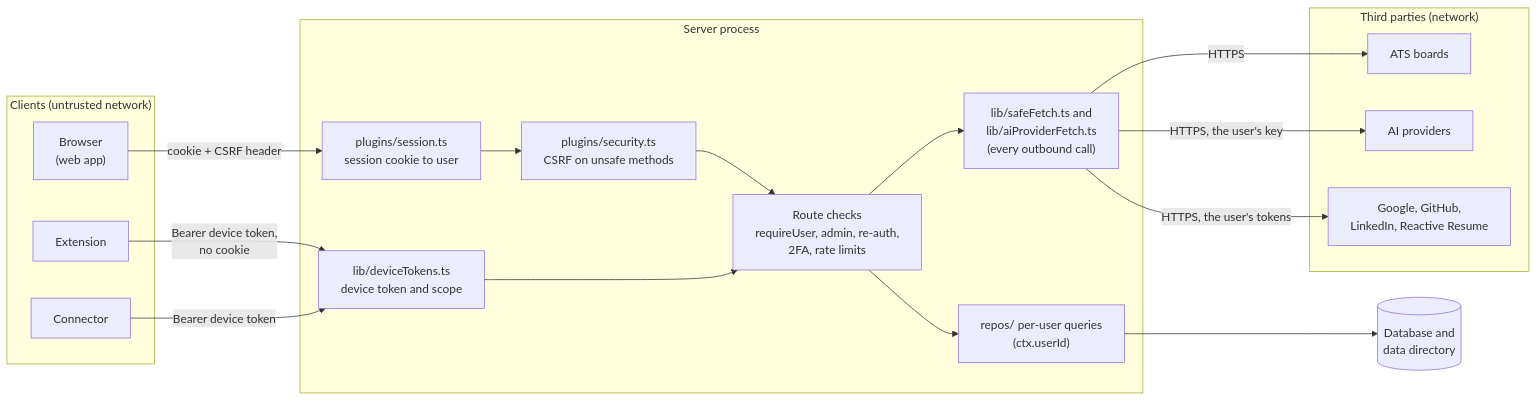
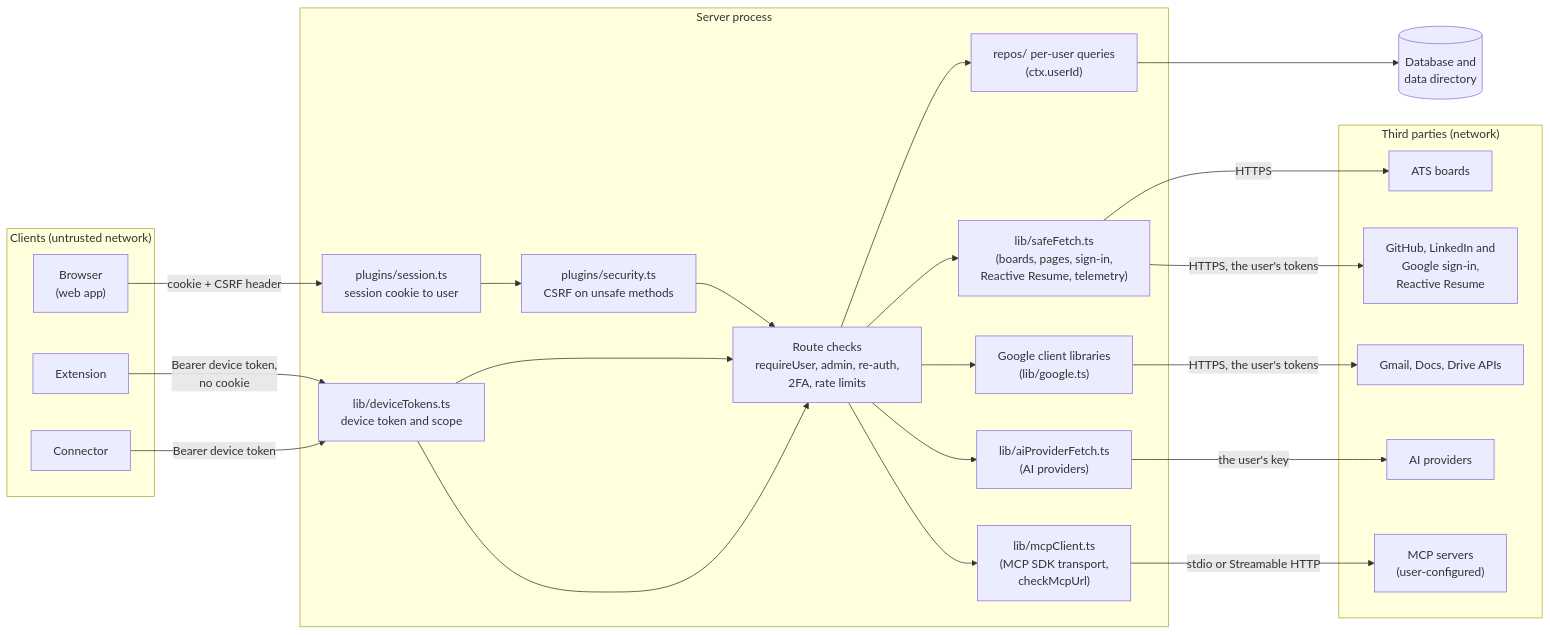
Before and after one commit to bgoleno/opportun: the fourth of 4 diagrams in docs/architecture.md, drawn with Mermaid. The commit also changed other lines of this file, not shown here.

Commit message:
Docs: name all four outbound paths in the trust-boundary diagram (sec on #759)
Refs #757

````diff
--- a/docs/architecture.md
+++ b/docs/architecture.md
@@ -143,34 +143,44 @@
 ```mermaid
 flowchart LR
   subgraph clients["Clients (untrusted network)"]
     browser["Browser<br/>(web app)"]
     ext["Extension"]
     conn["Connector"]
   end
 
   subgraph srv["Server process"]
     sess["plugins/session.ts<br/>session cookie to user"]
     csrf["plugins/security.ts<br/>CSRF on unsafe methods"]
     dev["lib/deviceTokens.ts<br/>device token and scope"]
     gate["Route checks<br/>requireUser, admin, re-auth,<br/>2FA, rate limits"]
     data["repos/ per-user queries<br/>(ctx.userId)"]
-    fetch["lib/safeFetch.ts and<br/>lib/aiProviderFetch.ts<br/>(every outbound call)"]
+    fetch["lib/safeFetch.ts<br/>(boards, pages, sign-in,<br/>Reactive Resume, telemetry)"]
+    gapi["Google client libraries<br/>(lib/google.ts)"]
+    aifetch["lib/aiProviderFetch.ts<br/>(AI providers)"]
+    mcpc["lib/mcpClient.ts<br/>(MCP SDK transport,<br/>checkMcpUrl)"]
   end
 
   subgraph ext3["Third parties (network)"]
     ats["ATS boards"]
     ai["AI providers"]
-    g["Google, GitHub,<br/>LinkedIn, Reactive Resume"]
+    g["GitHub, LinkedIn and<br/>Google sign-in,<br/>Reactive Resume"]
+    gws["Gmail, Docs, Drive APIs"]
+    mcp["MCP servers<br/>(user-configured)"]
   end
 
   dbx[("Database and<br/>data directory")]
 
   browser -->|"cookie + CSRF header"| sess --> csrf --> gate
   ext -->|"Bearer device token,<br/>no cookie"| dev --> gate
-  conn -->|"Bearer device token"| dev
+  conn -->|"Bearer device token"| dev --> gate
   gate --> data --> dbx
   gate --> fetch
+  gate --> gapi
+  gate --> aifetch
+  gate --> mcpc
   fetch -->|"HTTPS"| ats
-  fetch -->|"HTTPS, the user's key"| ai
   fetch -->|"HTTPS, the user's tokens"| g
+  gapi -->|"HTTPS, the user's tokens"| gws
+  aifetch -->|"the user's key"| ai
+  mcpc -->|"stdio or Streamable HTTP"| mcp
 ```
````
